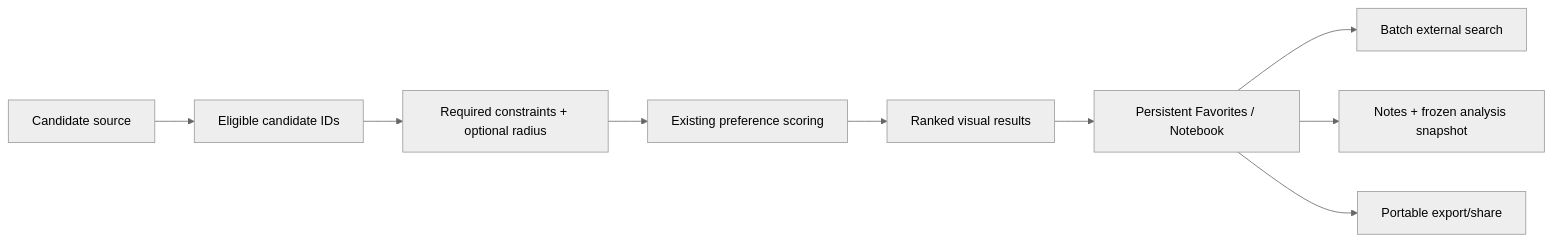
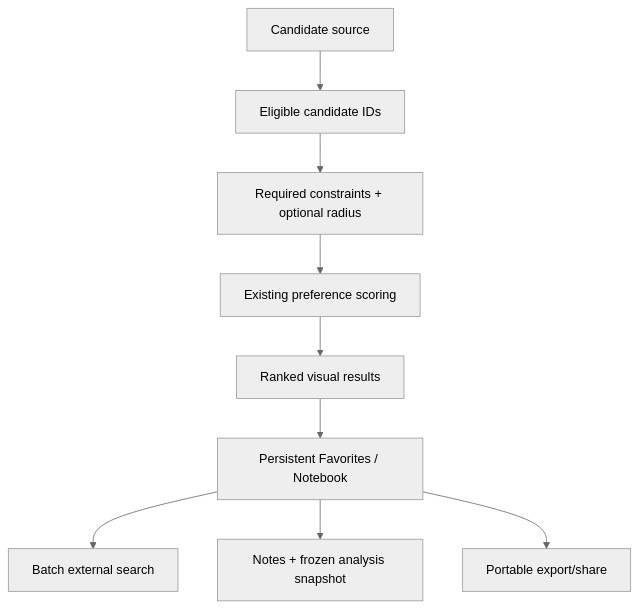
Before and after one commit to folk21/osmapdigger: the diagram in docs/specs/active/subspecs/settlement-shortlist-workflow.md, drawn with Mermaid (neutral theme). The commit also changed 5 other files, not shown here.

First line of the commit message:
docs: improve Mermaid readability and Desktop screenshot context

````diff
--- a/docs/specs/active/subspecs/settlement-shortlist-workflow.md
+++ b/docs/specs/active/subspecs/settlement-shortlist-workflow.md
@@ -65,11 +65,11 @@
 ```mermaid
-flowchart LR
+flowchart TD
     SOURCE[Candidate source] --> ELIGIBLE[Eligible candidate IDs]
     ELIGIBLE --> HARD[Required constraints + optional radius]
     HARD --> SCORE[Existing preference scoring]
     SCORE --> RANK[Ranked visual results]
     RANK --> FAVORITES[Persistent Favorites / Notebook]
     FAVORITES --> BATCH[Batch external search]
     FAVORITES --> SNAPSHOT[Notes + frozen analysis snapshot]
     FAVORITES --> EXPORT[Portable export/share]
 ```
````
